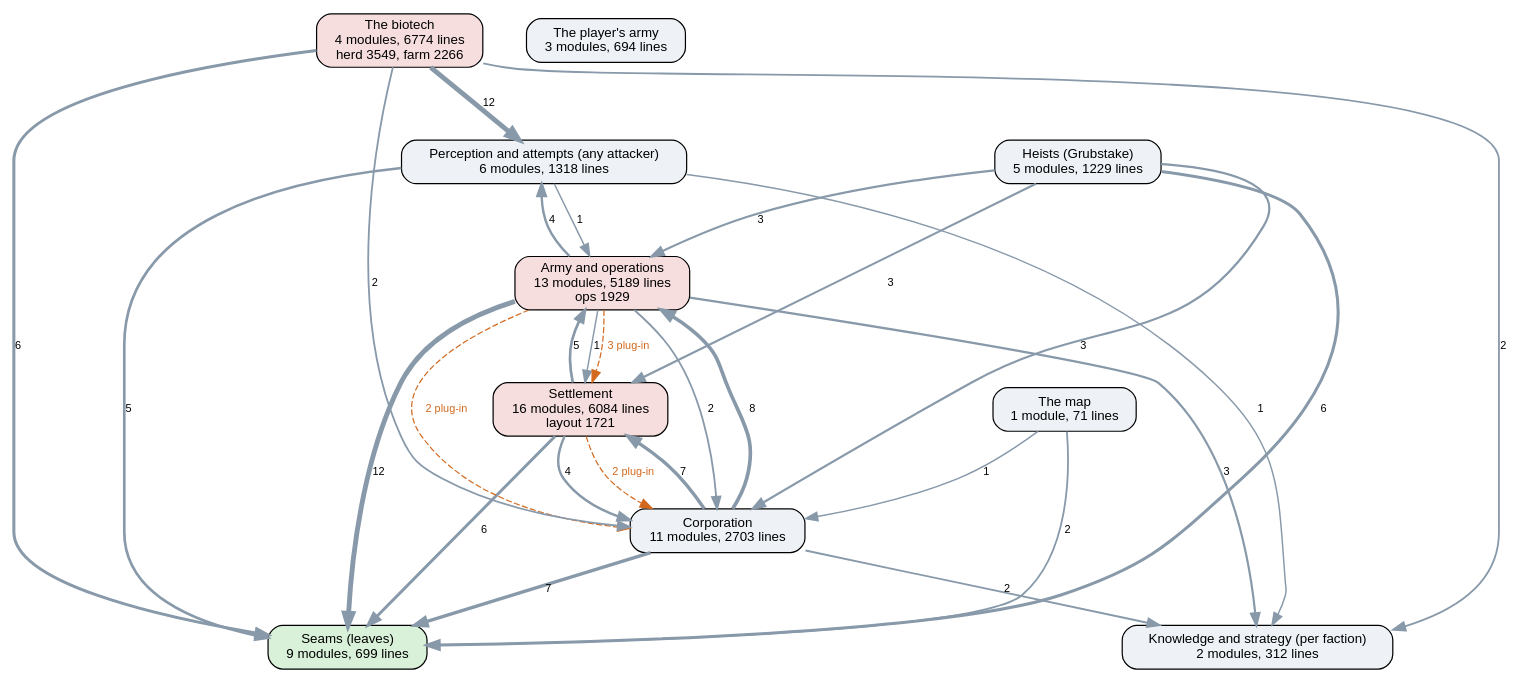
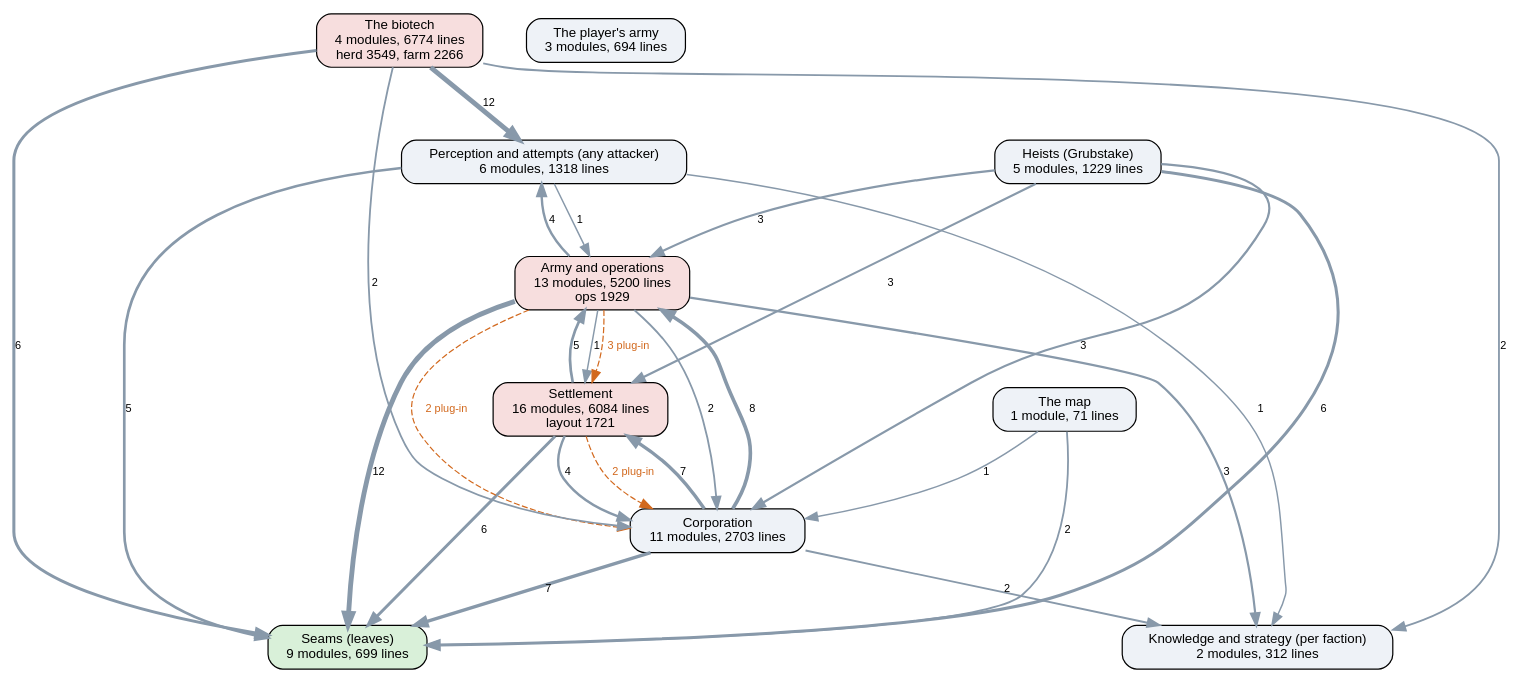
One commit to kinelhu/landing-party changed the diagram in docs/ai-layers.dot. Above: the diagram before and after it, drawn with Graphviz. The commit also changed 11 other files, not shown here.

```diff
--- a/docs/ai-layers.dot
+++ b/docs/ai-layers.dot
@@ -1,43 +1,43 @@
 digraph layers {
   graph [rankdir=TB, fontname="Helvetica", nodesep=0.5, ranksep=0.7];
   node [shape=box, style="rounded,filled", fontname="Helvetica", fontsize=11, fillcolor="#eef2f7"];
   edge [color="#8899aa", fontname="Helvetica", fontsize=9];
   "Seams (leaves)" [label="Seams (leaves)\n9 modules, 699 lines", fillcolor="#d9f0d9"];
   "Perception and attempts (any attacker)" [label="Perception and attempts (any attacker)\n6 modules, 1318 lines", fillcolor="#eef2f7"];
   "Knowledge and strategy (per faction)" [label="Knowledge and strategy (per faction)\n2 modules, 312 lines", fillcolor="#eef2f7"];
   "Corporation" [label="Corporation\n11 modules, 2703 lines", fillcolor="#eef2f7"];
   "Settlement" [label="Settlement\n16 modules, 6084 lines\nlayout 1721", fillcolor="#f7dede"];
-  "Army and operations" [label="Army and operations\n13 modules, 5189 lines\nops 1929", fillcolor="#f7dede"];
+  "Army and operations" [label="Army and operations\n13 modules, 5200 lines\nops 1929", fillcolor="#f7dede"];
   "Heists (Grubstake)" [label="Heists (Grubstake)\n5 modules, 1229 lines", fillcolor="#eef2f7"];
   "The biotech" [label="The biotech\n4 modules, 6774 lines\nherd 3549, farm 2266", fillcolor="#f7dede"];
   "The map" [label="The map\n1 module, 71 lines", fillcolor="#eef2f7"];
   "The player's army" [label="The player's army\n3 modules, 694 lines", fillcolor="#eef2f7"];
   "Army and operations" -> "Corporation" [label="2", penwidth=1.5];
   "Army and operations" -> "Knowledge and strategy (per faction)" [label="3", penwidth=1.8];
   "Army and operations" -> "Perception and attempts (any attacker)" [label="4", penwidth=2.0];
   "Army and operations" -> "Seams (leaves)" [label="12", penwidth=4.0];
   "Army and operations" -> "Settlement" [label="1", penwidth=1.2];
   "Corporation" -> "Army and operations" [label="8", penwidth=3.0];
   "Corporation" -> "Knowledge and strategy (per faction)" [label="2", penwidth=1.5];
   "Corporation" -> "Seams (leaves)" [label="7", penwidth=2.8];
   "Corporation" -> "Settlement" [label="7", penwidth=2.8];
   "Heists (Grubstake)" -> "Army and operations" [label="3", penwidth=1.8];
   "Heists (Grubstake)" -> "Corporation" [label="3", penwidth=1.8];
   "Heists (Grubstake)" -> "Seams (leaves)" [label="6", penwidth=2.5];
   "Heists (Grubstake)" -> "Settlement" [label="3", penwidth=1.8];
   "Perception and attempts (any attacker)" -> "Army and operations" [label="1", penwidth=1.2];
   "Perception and attempts (any attacker)" -> "Knowledge and strategy (per faction)" [label="1", penwidth=1.2];
   "Perception and attempts (any attacker)" -> "Seams (leaves)" [label="5", penwidth=2.2];
   "Settlement" -> "Army and operations" [label="5", penwidth=2.2];
   "Settlement" -> "Corporation" [label="4", penwidth=2.0];
   "Settlement" -> "Seams (leaves)" [label="6", penwidth=2.5];
   "The biotech" -> "Corporation" [label="2", penwidth=1.5];
   "The biotech" -> "Knowledge and strategy (per faction)" [label="2", penwidth=1.5];
   "The biotech" -> "Perception and attempts (any attacker)" [label="12", penwidth=4.0];
   "The biotech" -> "Seams (leaves)" [label="6", penwidth=2.5];
   "The map" -> "Corporation" [label="1", penwidth=1.2];
   "The map" -> "Seams (leaves)" [label="2", penwidth=1.5];
   "Army and operations" -> "Corporation" [style=dashed, color="#d2691e", fontcolor="#d2691e", label="2 plug-in"];
   "Army and operations" -> "Settlement" [style=dashed, color="#d2691e", fontcolor="#d2691e", label="3 plug-in"];
   "Settlement" -> "Corporation" [style=dashed, color="#d2691e", fontcolor="#d2691e", label="2 plug-in"];
 }
```
